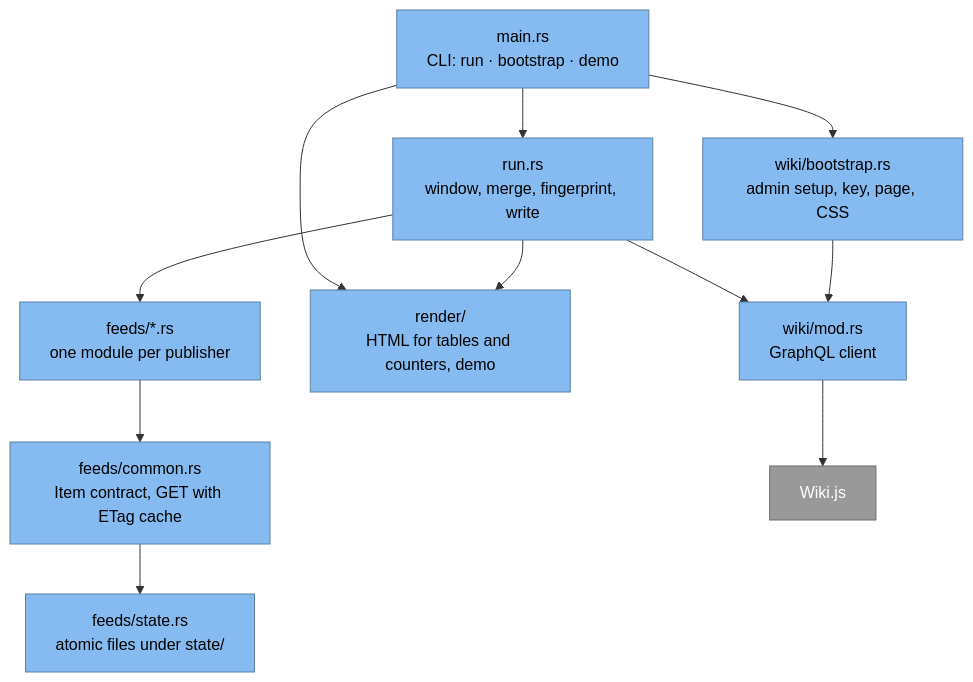
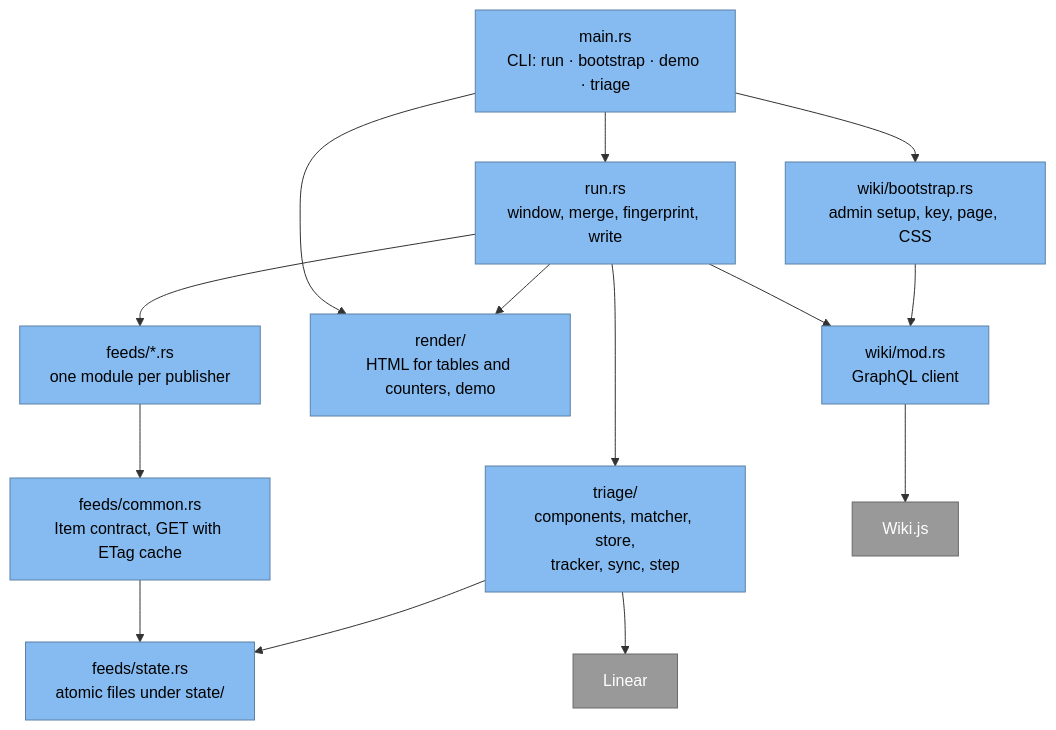
The third of 4 diagrams in README.md (mckema/cyber-dashboard), drawn with Mermaid before and after one commit. The commit also changed other lines of this file and 16 other files, not shown here.

````diff
--- a/README.md
+++ b/README.md
@@ -95,22 +109,26 @@
 ```mermaid
 flowchart TB
   classDef component fill:#85bbf0,stroke:#5d82a8,color:#000
   classDef ext fill:#999,stroke:#6b6b6b,color:#fff
 
-  main["main.rs<br/>CLI: run · bootstrap · demo"]:::component
+  main["main.rs<br/>CLI: run · bootstrap · demo · triage"]:::component
   run["run.rs<br/>window, merge, fingerprint, write"]:::component
+  tri["triage/<br/>components, matcher, store,<br/>tracker, sync, step"]:::component
+  lin["Linear"]:::ext
   feeds["feeds/*.rs<br/>one module per publisher"]:::component
   common["feeds/common.rs<br/>Item contract, GET with ETag cache"]:::component
   st["feeds/state.rs<br/>atomic files under state/"]:::component
   render["render/<br/>HTML for tables and counters, demo"]:::component
   wiki["wiki/mod.rs<br/>GraphQL client"]:::component
   boot["wiki/bootstrap.rs<br/>admin setup, key, page, CSS"]:::component
   wjs["Wiki.js"]:::ext
 
   main --> run & boot & render
   run --> feeds --> common --> st
+  run --> tri --> st
+  tri --> lin
   run --> render
   run --> wiki
   boot --> wiki
   wiki --> wjs
 ```
````
